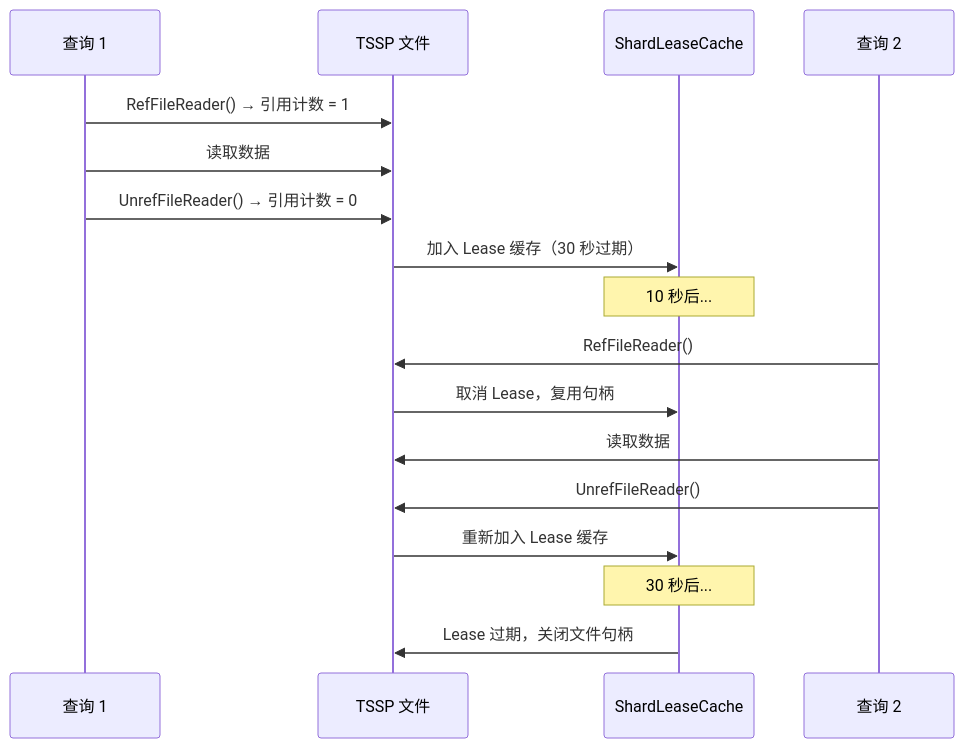
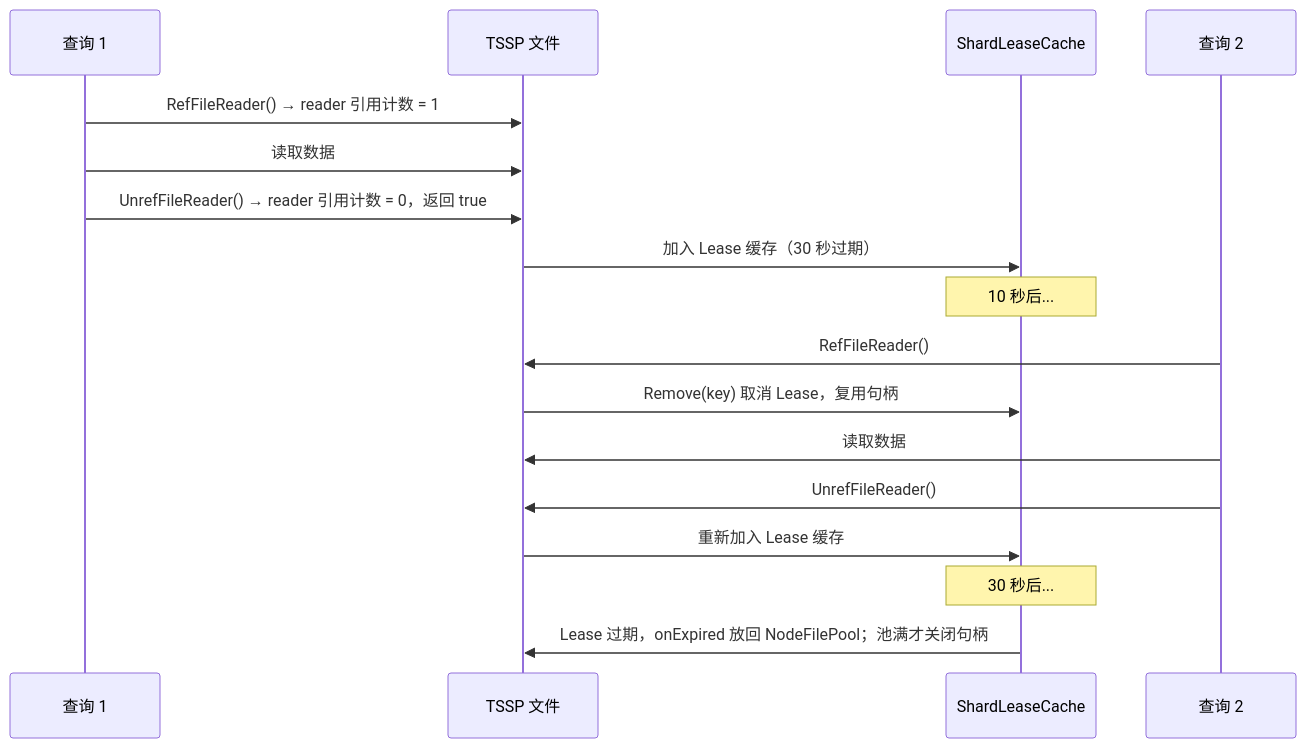
The tenth of 10 diagrams in docs/specs/13_tssp_file_format_spec.md (stefanv5/openGemini), drawn with Mermaid before and after one commit. The commit also changed other lines of this file and 37 other files, not shown here.

````diff
--- a/docs/specs/13_tssp_file_format_spec.md
+++ b/docs/specs/13_tssp_file_format_spec.md
@@ -760,24 +813,24 @@
 ```mermaid
 sequenceDiagram
     participant Reader as 查询 1
     participant File as TSSP 文件
     participant Cache as ShardLeaseCache
     participant Reader2 as 查询 2
 
-    Reader->>File: RefFileReader() → 引用计数 = 1
+    Reader->>File: RefFileReader() → reader 引用计数 = 1
     Reader->>File: 读取数据
-    Reader->>File: UnrefFileReader() → 引用计数 = 0
+    Reader->>File: UnrefFileReader() → reader 引用计数 = 0，返回 true
     File->>Cache: 加入 Lease 缓存（30 秒过期）
 
     Note over Cache: 10 秒后...
 
     Reader2->>File: RefFileReader()
-    File->>Cache: 取消 Lease，复用句柄
+    File->>Cache: Remove(key) 取消 Lease，复用句柄
     Reader2->>File: 读取数据
     Reader2->>File: UnrefFileReader()
     File->>Cache: 重新加入 Lease 缓存
 
     Note over Cache: 30 秒后...
 
-    Cache->>File: Lease 过期，关闭文件句柄
+    Cache->>File: Lease 过期，onExpired 放回 NodeFilePool；池满才关闭句柄
 ```
````
